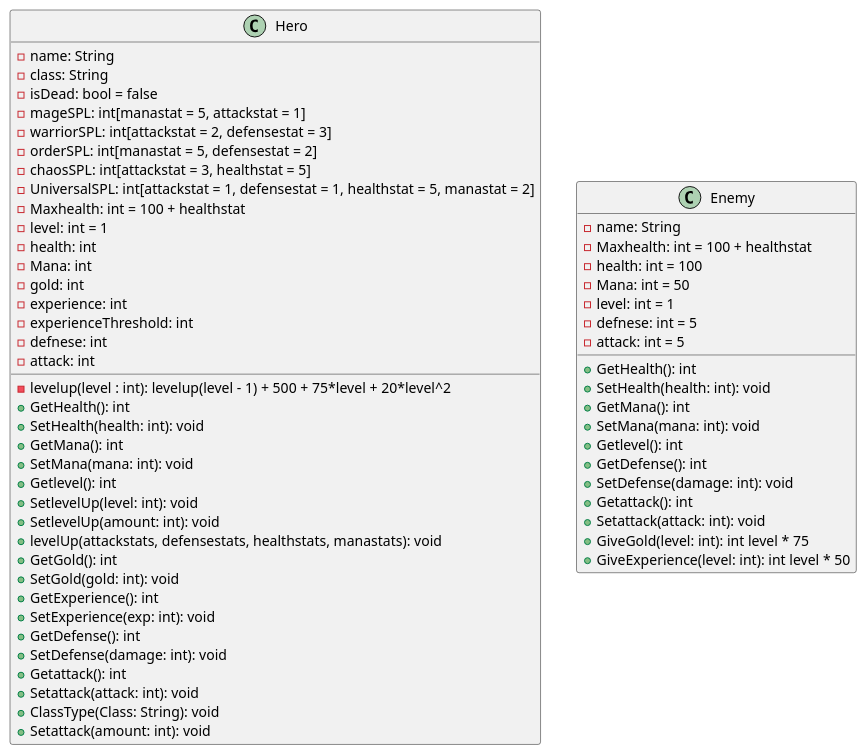
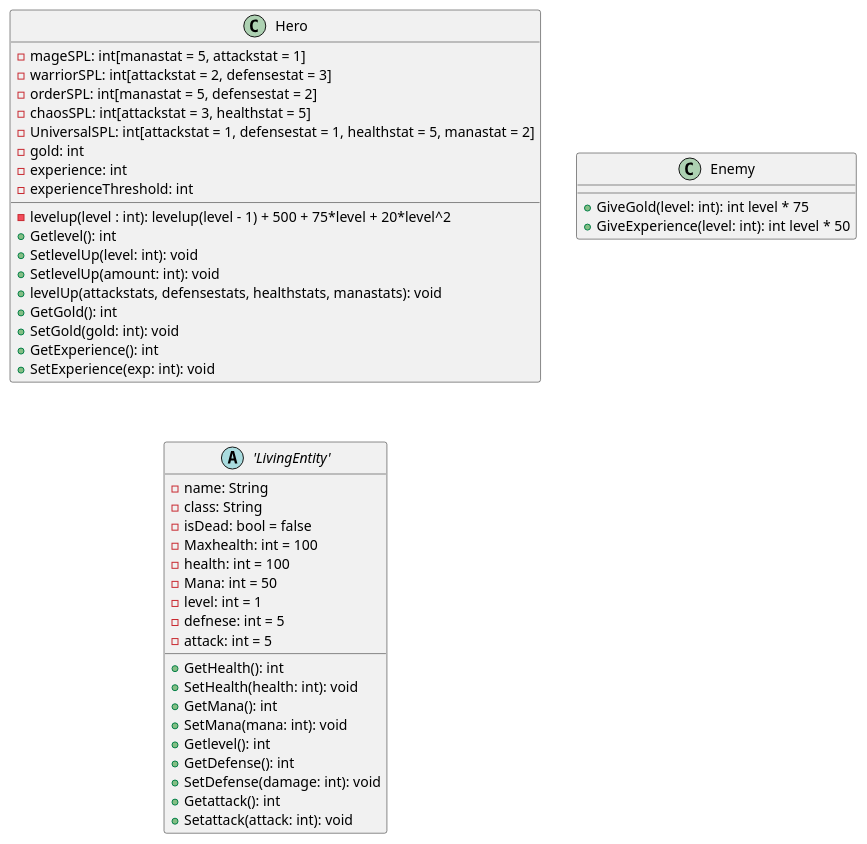
Before and after one commit to JosefG50/2203-Legends-of-Sword-and-Wand: the diagram in rpg-legends/docs/uml/HeroStats.plantuml, drawn with PlantUML.

Commit message:
refactor(uml): abstract shared attributes into LivingEntity class

```diff
--- a/rpg-legends/docs/uml/HeroStats.plantuml
+++ b/rpg-legends/docs/uml/HeroStats.plantuml
@@ -1,94 +1,83 @@
 @startuml
-'add abstract class enetity' 
-class Hero {
-    - name: String
-    - class: String
-    - isDead: bool = false    
+'add abstract class enetity'
+'Make a abstract class for entity builds'
+class Hero {   
     - mageSPL: int[manastat = 5, attackstat = 1]
     - warriorSPL: int[attackstat = 2, defensestat = 3]
     - orderSPL: int[manastat = 5, defensestat = 2]
     - chaosSPL: int[attackstat = 3, healthstat = 5]
     'Uniervsal Stats per level gives points before the class bonus is applied per level up'
     - UniversalSPL: int[attackstat = 1, defensestat = 1, healthstat = 5, manastat = 2]
-    - Maxhealth: int = 100 + healthstat
-    - level: int = 1
     'Add class Abstract class with all classes'
-    - health: int
-    - Mana: int
     'add -levels for each class'
     - gold: int
     - experience: int
     'add to check if enough experience to level up'
     - levelup(level : int): levelup(level - 1) + 500 + 75*level + 20*level^2
     - experienceThreshold: int
-    - defnese: int
-    - attack: int
     '-spells: List[Spells]'
-    + GetHealth(): int
-    + SetHealth(health: int): void
-    + GetMana(): int
-    + SetMana(mana: int): void
     + Getlevel(): int
     + SetlevelUp(level: int): void
     + SetlevelUp(amount: int): void 
     'Change to levelUp():void' that increases level by 1'
     + levelUp(attackstats, defensestats, healthstats, manastats): void
     + GetGold(): int
     + SetGold(gold: int): void 
     + GetExperience(): int
     + SetExperience(exp: int): void
-    + GetDefense(): int
-    + SetDefense(damage: int): void
-    + Getattack(): int
-    + Setattack(attack: int): void
-    + ClassType(Class: String): void
-    + Setattack(amount: int): void
 }
 
 
 class Enemy {
     '1 to 5 enemies'
     'level from 1 to 10'
     'the actual level of the enemy party is determined by the culmative level of the hero party'
     'if hero party has a culmative level of 5 the enemy party will have a culmative level of 5-0'
     'or hero culmative stats - 10 would be the enemies minimum and the hero culmative level would be the maximum'
     'The maximum level of a full enemy party culmative level is 50'
     'The enemy party level is divided equally among the enemies in the party'
     'There is a chance for the enemy to pick a class so the enemy can have stats to that specific class'
     'but usually the stats will be evenly distributed among all stats'
+    'G(L) = 75*L that is the gold given to hero on defeat'
+    + GiveGold(level: int): int level * 75
+    'Exp(L)=50*L that is the experience given to hero on defeat'
+    + GiveExperience(level: int): int level * 50
+}
+
+abstract class 'LivingEntity'
+{
     - name: String
-    - Maxhealth: int = 100 + healthstat
+    - class: String
+    - isDead: bool = false   
+    - Maxhealth: int = 100
     - health: int = 100
     - Mana: int = 50
     - level: int = 1
     - defnese: int = 5
     - attack: int = 5
     + GetHealth(): int
     + SetHealth(health: int): void
     + GetMana(): int
     + SetMana(mana: int): void
     + Getlevel(): int
     + GetDefense(): int
     + SetDefense(damage: int): void
     + Getattack(): int
     + Setattack(attack: int): void
-    'G(L) = 75*L that is the gold given to hero on defeat'
-    + GiveGold(level: int): int level * 75
-    'Exp(L)=50*L that is the experience given to hero on defeat'
-    + GiveExperience(level: int): int level * 50
 }
 
+'Order'  +5 Mana
+'Order'  +2 Defense
+'Order'  Heals/Shields
+'Chaos'  +3 Attack
+'Chaos'  +5 HP
+'Chaos'  Fireball/Lightning
+'Warrior'  +2 Attack
+'Warrior'  +3 Defense
+'Warrior'  Cleave/PHYSICAL
+'Mage'  +5 Mana
+'Mage'  +1 Attack
+'Mage'  Mana Replenish
 
-'Order' <|-- Hero : +5 Mana
-'Order' <|-- Hero : +2 Defense
-'Order' <|-- Hero : Heals/Shields
-'Chaos' <|-- Hero : +3 Attack
-'Chaos' <|-- Hero : +5 HP
-'Chaos' <|-- Hero : Fireball/Lightning
-'Warrior' <|-- Hero : +2 Attack
-'Warrior' <|-- Hero : +3 Defense
-'Warrior' <|-- Hero : Cleave/PHYSICAL
-'Mage' <|-- Hero : +5 Mana
-'Mage' <|-- Hero : +1 Attack
-'Mage' <|-- Hero : Mana Replenish
+
 @enduml
```
